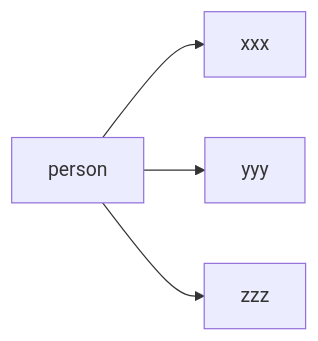
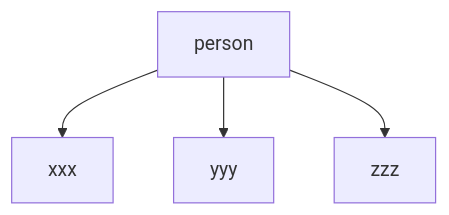
One commit to scotentSD/testing changed the first of 5 diagrams in journey.md. Above: the diagram before and after it, drawn with Mermaid. The commit also changed other lines of this file, not shown here.

```diff
--- a/journey.md
+++ b/journey.md
@@ -1,6 +1,6 @@
 <div class="mermaid">
-graph LR
+graph TD
 person --> xxx
 person --> yyy
 person --> zzz
 </div>
```
